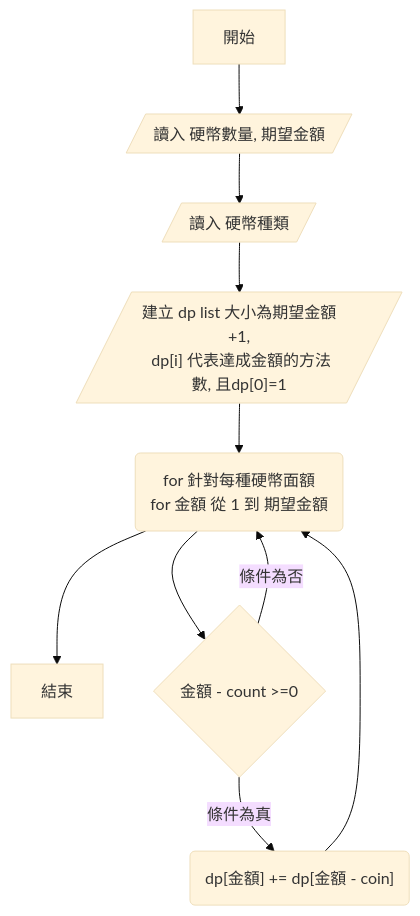
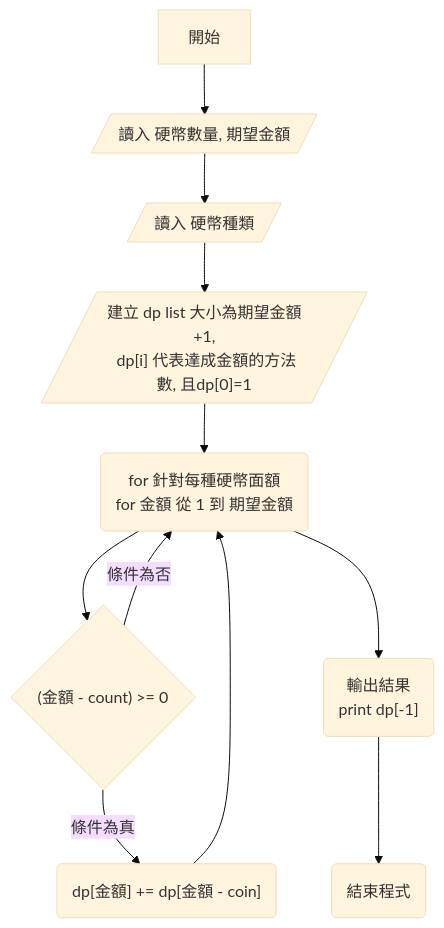
The diagram in README.md (tpcucclin/1118), drawn with Mermaid (base theme) before and after one commit. The commit also changed other lines of this file, not shown here.

````diff
--- a/README.md
+++ b/README.md
@@ -5,12 +43,13 @@
 ```mermaid
 flowchart TD;
  A[開始] -->B[/讀入 硬幣數量, 期望金額 /]
  B --> C[/讀入 硬幣種類/]
  C --> D[/"建立 dp list 大小為期望金額+1,<br> dp[i] 代表達成金額的方法數, 且dp[0]=1"/]
  D --> E("for 針對每種硬幣面額 <br> for 金額 從 1 到 期望金額")
- E --> 結束
+ E --> F{"(金額 - count) >= 0"}
  F --> |條件為真| H("dp[金額] +=  dp[金額 - coin]")
- E --> F{金額 - count >=0}
  F -->  |條件為否| E
  H --> E
+ E --> G("輸出結果<br/>print dp[-1]")
+ G--> Z("結束程式")
 ```
````
